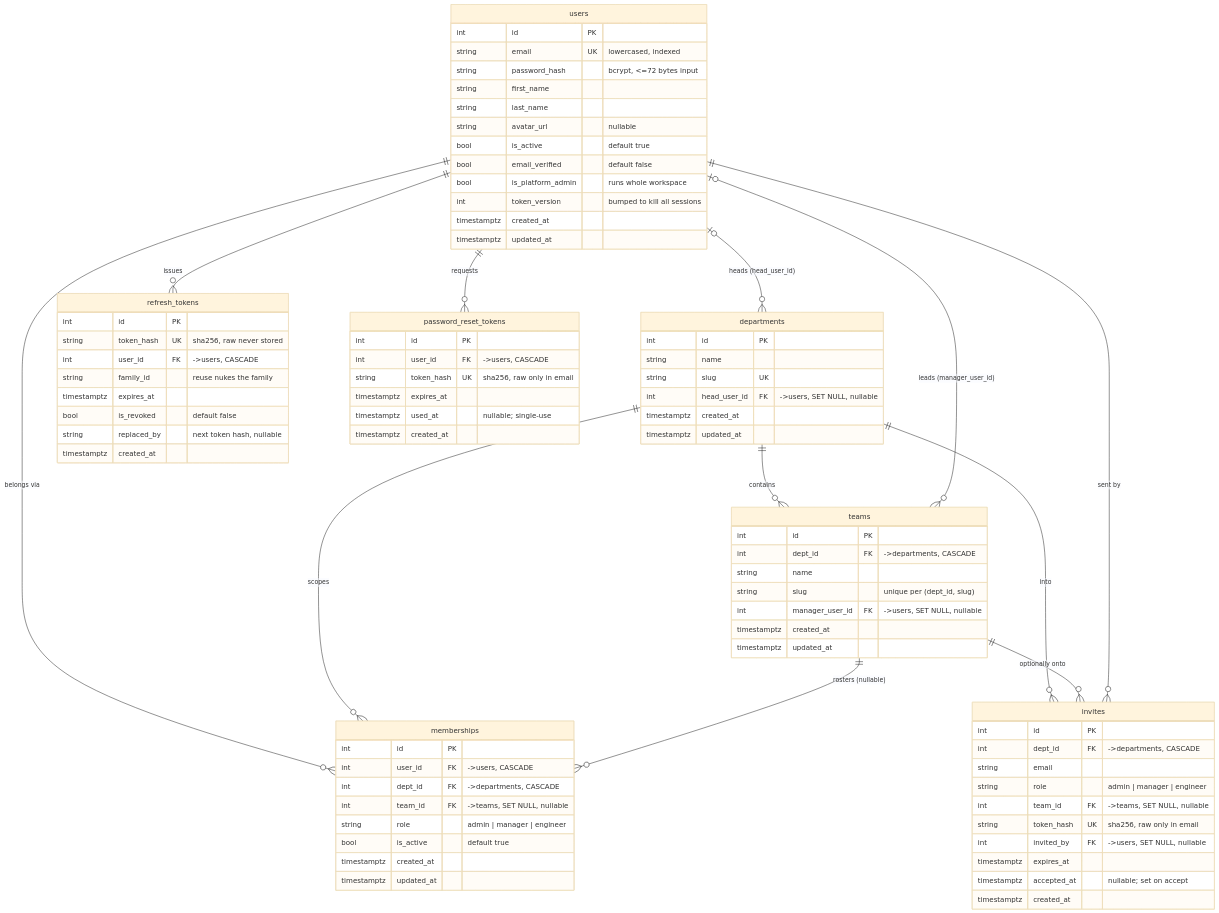
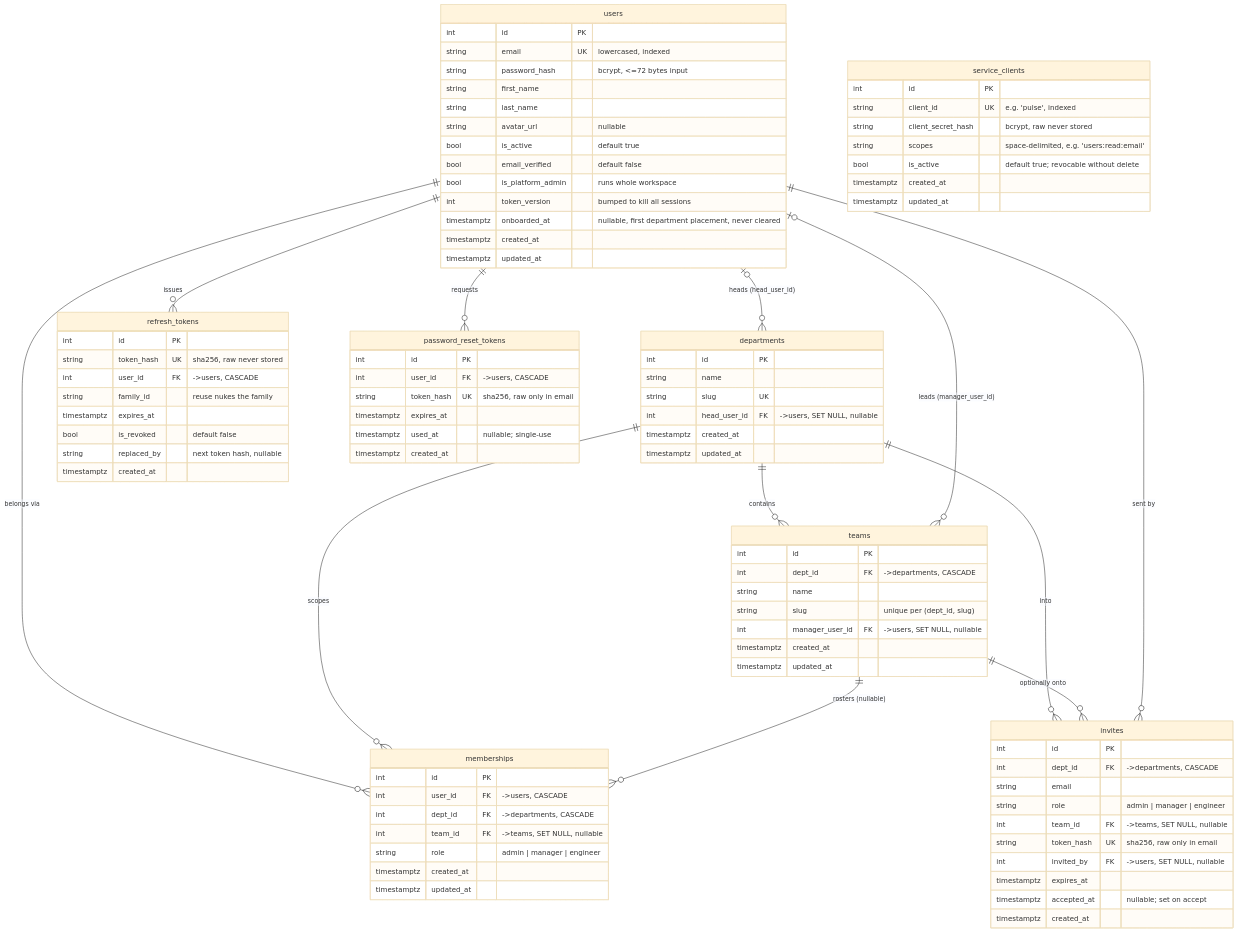
One commit to Ojulari123/CC-Platforms changed the first of 4 diagrams in docs/erd.md. Above: the diagram before and after it, drawn with Mermaid (base theme). The commit also changed other lines of this file and 209 other files, not shown here.

````diff
--- a/docs/erd.md
+++ b/docs/erd.md
@@ -51,6 +58,7 @@
         bool email_verified "default false"
         bool is_platform_admin "runs whole workspace"
         int token_version "bumped to kill all sessions"
+        timestamptz onboarded_at "nullable, first department placement, never cleared"
         timestamptz created_at
         timestamptz updated_at
     }
@@ -77,7 +85,6 @@
         int dept_id FK "->departments, CASCADE"
         int team_id FK "->teams, SET NULL, nullable"
         string role "admin | manager | engineer"
-        bool is_active "default true"
         timestamptz created_at
         timestamptz updated_at
     }
@@ -111,4 +118,13 @@
         timestamptz used_at "nullable; single-use"
         timestamptz created_at
     }
+    service_clients {
+        int id PK
+        string client_id UK "e.g. 'pulse', indexed"
+        string client_secret_hash "bcrypt, raw never stored"
+        string scopes "space-delimited, e.g. 'users:read:email'"
+        bool is_active "default true; revocable without delete"
+        timestamptz created_at
+        timestamptz updated_at
+    }
 ```
````
